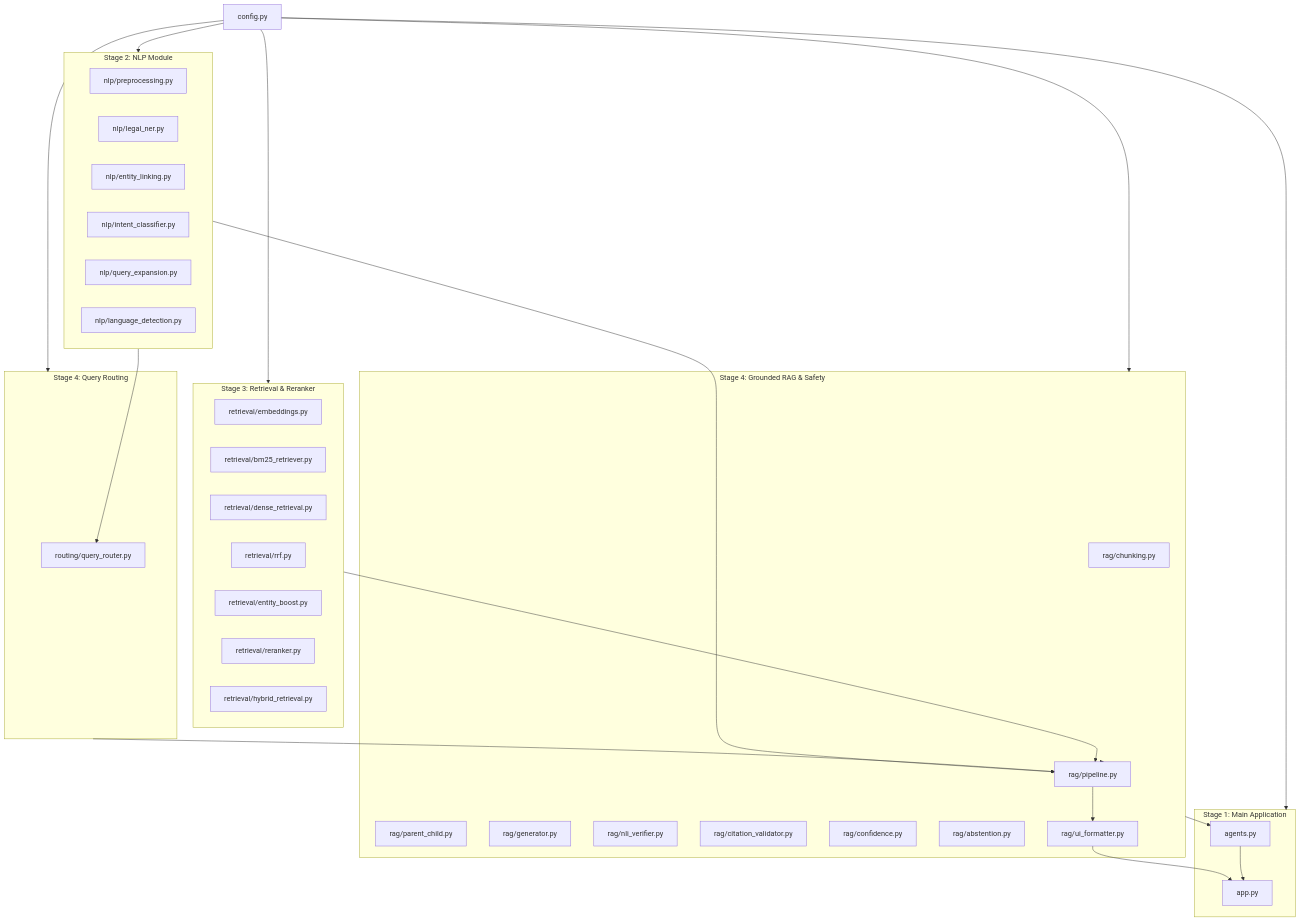
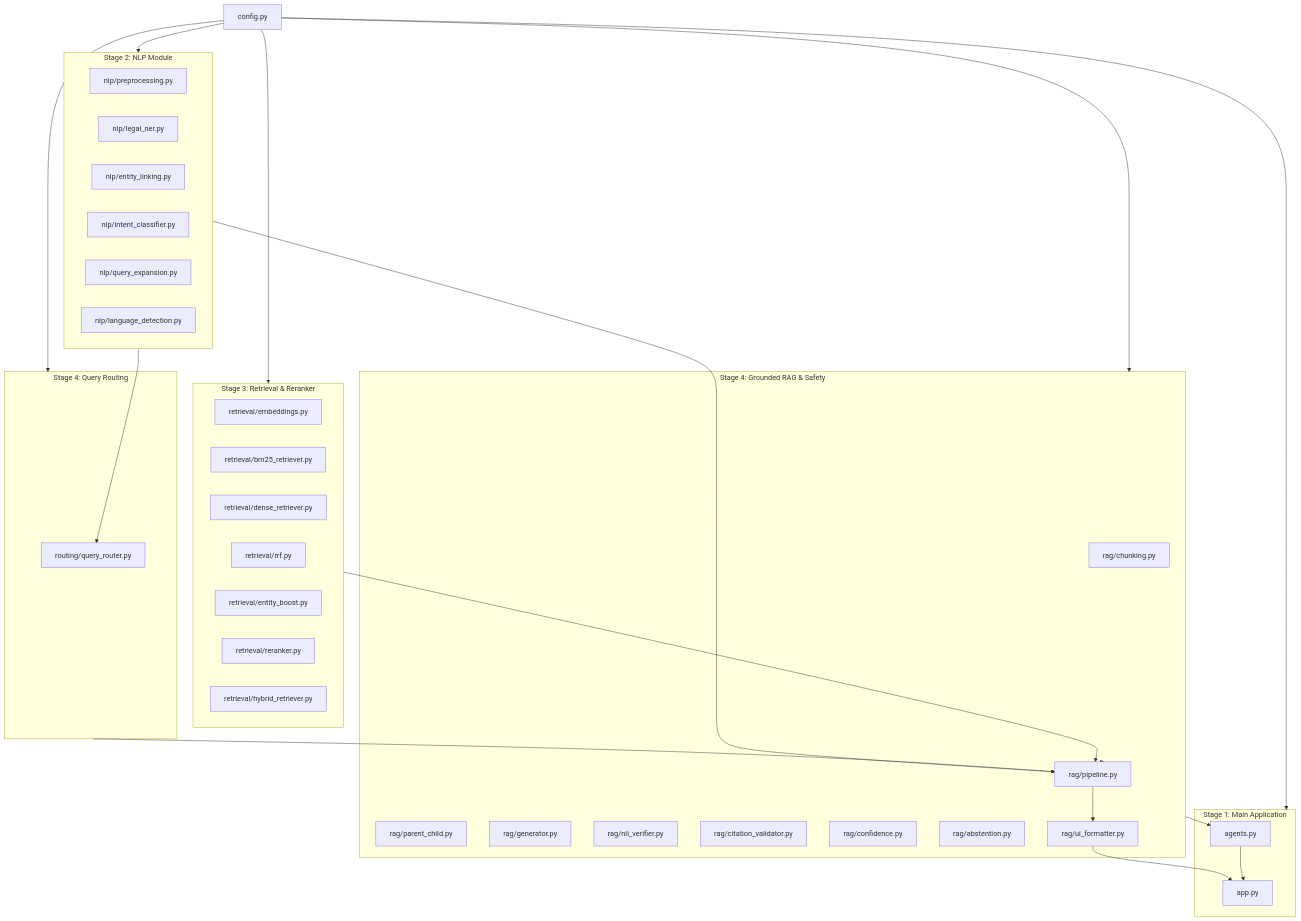
One commit to ramsaitanguturi/Indian-Constitution-Legal-AI-Assistant changed the diagram in CODE_EXPLANATION_GUIDE/16_CODE_CONNECTIONS/file_dependency_map.md. Above: the diagram before and after it, drawn with Mermaid. The commit also changed other lines of this file and 33 other files, not shown here.

````diff
--- a/CODE_EXPLANATION_GUIDE/16_CODE_CONNECTIONS/file_dependency_map.md
+++ b/CODE_EXPLANATION_GUIDE/16_CODE_CONNECTIONS/file_dependency_map.md
@@ -11,52 +11,52 @@
 ```mermaid
 graph TD
     CFG["config.py"]
 
     subgraph NLP["Stage 2: NLP Module"]
         PRE["nlp/preprocessing.py"]
         NER["nlp/legal_ner.py"]
         LNK["nlp/entity_linking.py"]
         INT["nlp/intent_classifier.py"]
         EXP["nlp/query_expansion.py"]
         LNG["nlp/language_detection.py"]
     end
 
     subgraph ROUTING["Stage 4: Query Routing"]
         RTR["routing/query_router.py"]
     end
 
     subgraph RETRIEVAL["Stage 3: Retrieval & Reranker"]
         EMB["retrieval/embeddings.py"]
         BM["retrieval/bm25_retriever.py"]
-        DNS["retrieval/dense_retrieval.py"]
+        DNS["retrieval/dense_retriever.py"]
         RRF["retrieval/rrf.py"]
         BST["retrieval/entity_boost.py"]
         RNK["retrieval/reranker.py"]
-        HYB["retrieval/hybrid_retrieval.py"]
+        HYB["retrieval/hybrid_retriever.py"]
     end
 
     subgraph RAG["Stage 4: Grounded RAG & Safety"]
         CHK["rag/chunking.py"]
         PC["rag/parent_child.py"]
         GEN["rag/generator.py"]
         NLI["rag/nli_verifier.py"]
         VAL["rag/citation_validator.py"]
         CNF["rag/confidence.py"]
         ABS["rag/abstention.py"]
         PIP["rag/pipeline.py"]
         UIF["rag/ui_formatter.py"]
     end
 
     subgraph APP["Stage 1: Main Application"]
         APP_PY["app.py"]
         AGN_PY["agents.py"]
     end
 
     CFG --> NLP & ROUTING & RETRIEVAL & RAG & APP
     NLP --> RTR & PIP
     ROUTING --> PIP
     RETRIEVAL --> PIP
     RAG --> PIP
     PIP --> UIF --> APP_PY
     RAG --> AGN_PY --> APP_PY
 ```
````
